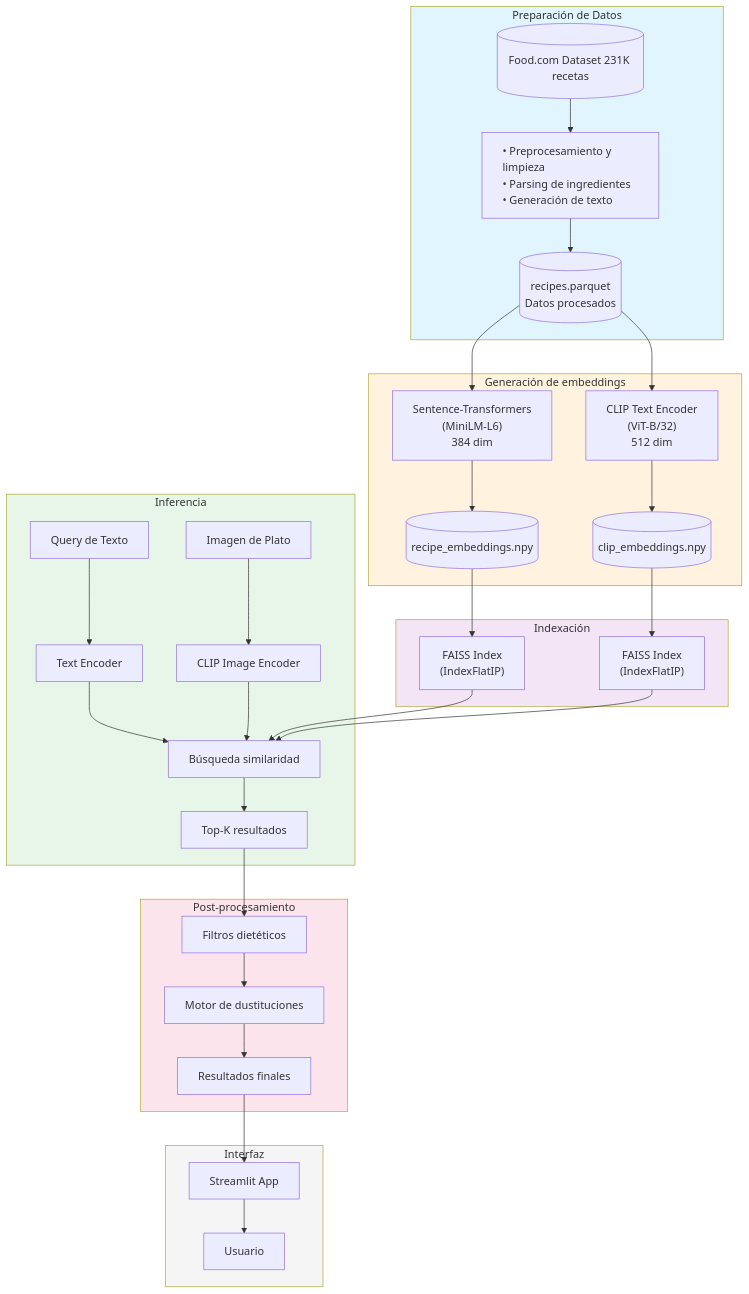
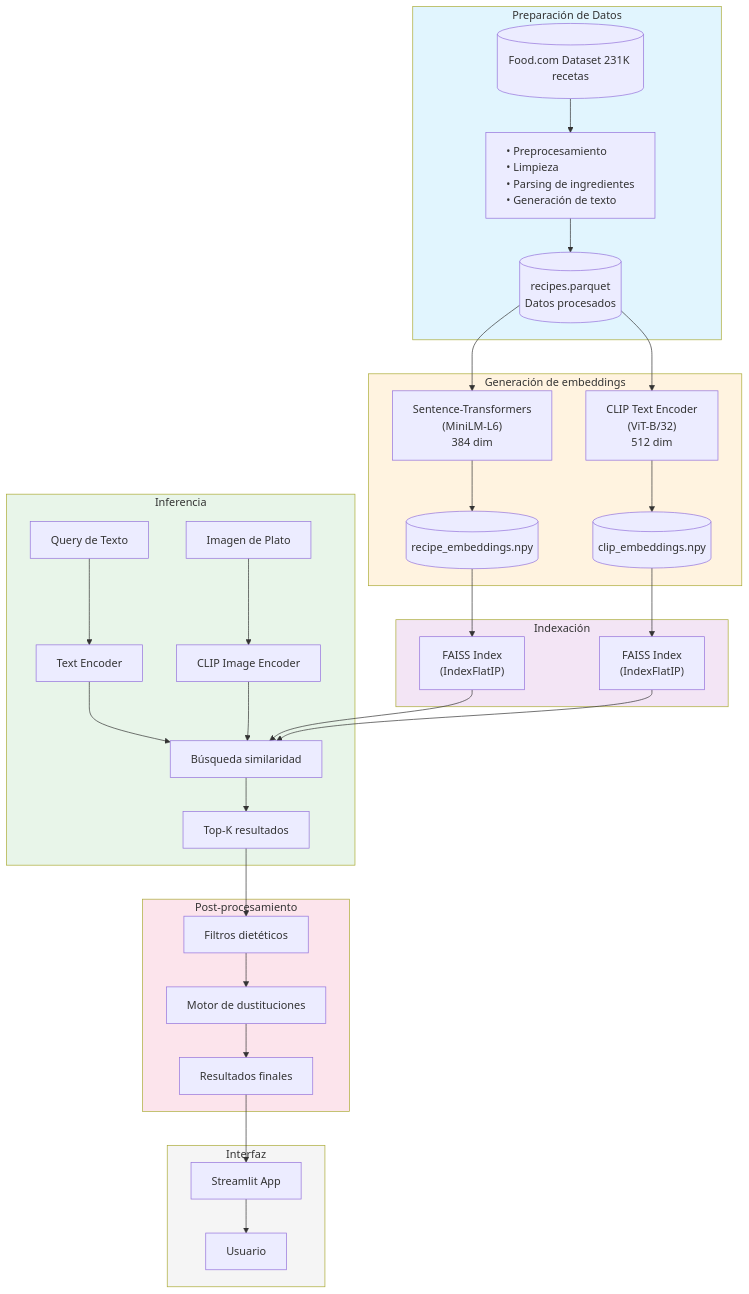
One commit to martinbrocca/CEIA-VIT changed the first of 2 diagrams in README.md. Above: the diagram before and after it, drawn with Mermaid.

Commit message:
Arreglos al ReadMe

````diff
--- a/README.md
+++ b/README.md
@@ -15,47 +15,47 @@
 ```mermaid
 flowchart TB
     subgraph DATOS[" Preparación de Datos"]
-        A[("Food.com Dataset 231K recetas")] --> B["<div style='text-align:left;'>• Preprocesamiento y limpieza<br>• Parsing de ingredientes<br>• Generación de texto</div>"]
+        A[("Food.com Dataset 231K recetas")] --> B["<div style='text-align:left;'>• Preprocesamiento<br>• Limpieza<br>• Parsing de ingredientes<br>• Generación de texto</div>"]
         B --> C[("recipes.parquet\nDatos procesados")]
     end
 
     subgraph EMBEDDINGS[" Generación de embeddings"]
         C --> D["Sentence-Transformers\n(MiniLM-L6)\n384 dim"]
         C --> E["CLIP Text Encoder\n(ViT-B/32)\n512 dim"]
         D --> F[("recipe_embeddings.npy")]
         E --> G[("clip_embeddings.npy")]
     end
 
     subgraph INDEX[" Indexación"]
         F --> H["FAISS Index\n(IndexFlatIP)"]
         G --> I["FAISS Index\n(IndexFlatIP)"]
     end
 
     subgraph INFERENCE[" Inferencia"]
         J["Query de Texto"] --> K["Text Encoder"]
         L["Imagen de Plato"] --> M["CLIP Image Encoder"]
         K --> N["Búsqueda similaridad"]
         M --> N
         H --> N
         I --> N
         N --> O["Top-K resultados"]
     end
 
     subgraph POSTPROCESS[" Post-procesamiento"]
         O --> P["Filtros dietéticos"]
         P --> Q["Motor de dustituciones"]
         Q --> R["Resultados finales"]
     end
 
     subgraph UI[" Interfaz"]
         R --> S["Streamlit App"]
         S --> T["Usuario"]
     end
 
     style DATOS fill:#e1f5fe
     style EMBEDDINGS fill:#fff3e0
     style INDEX fill:#f3e5f5
     style INFERENCE fill:#e8f5e9
     style POSTPROCESS fill:#fce4ec
     style UI fill:#f5f5f5
 ```
````
